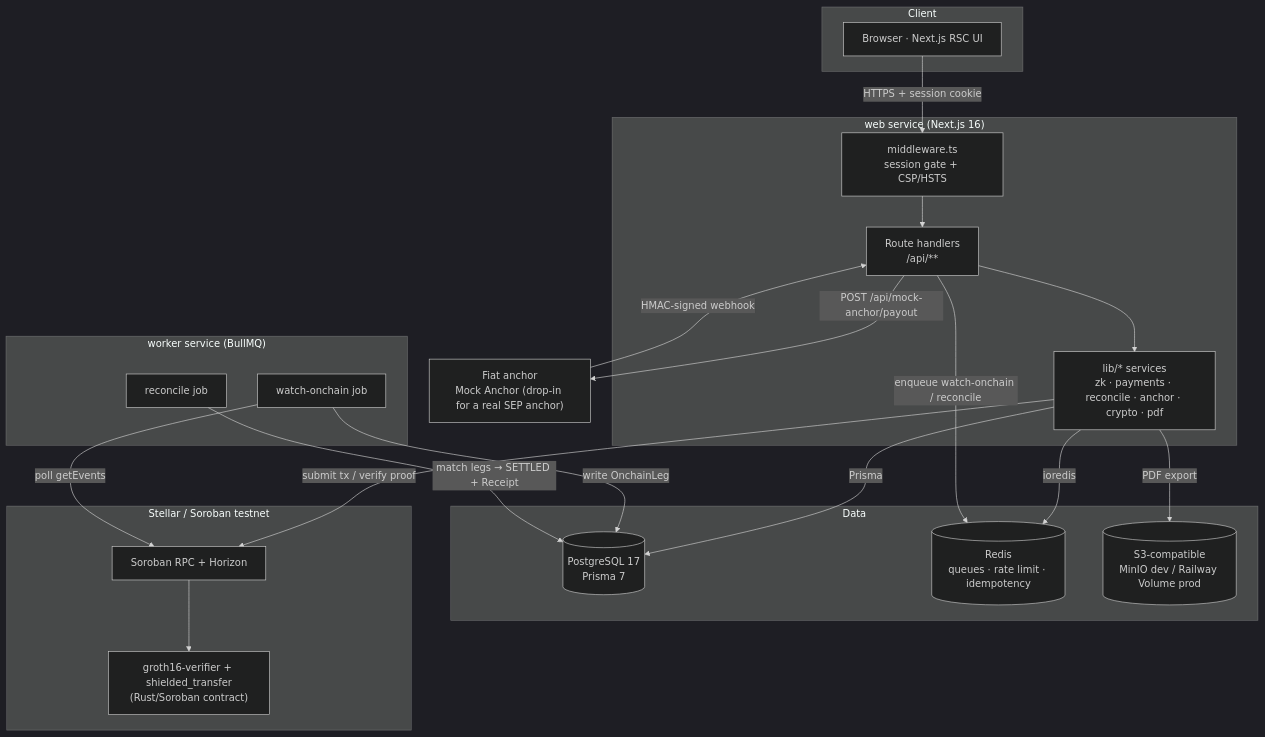
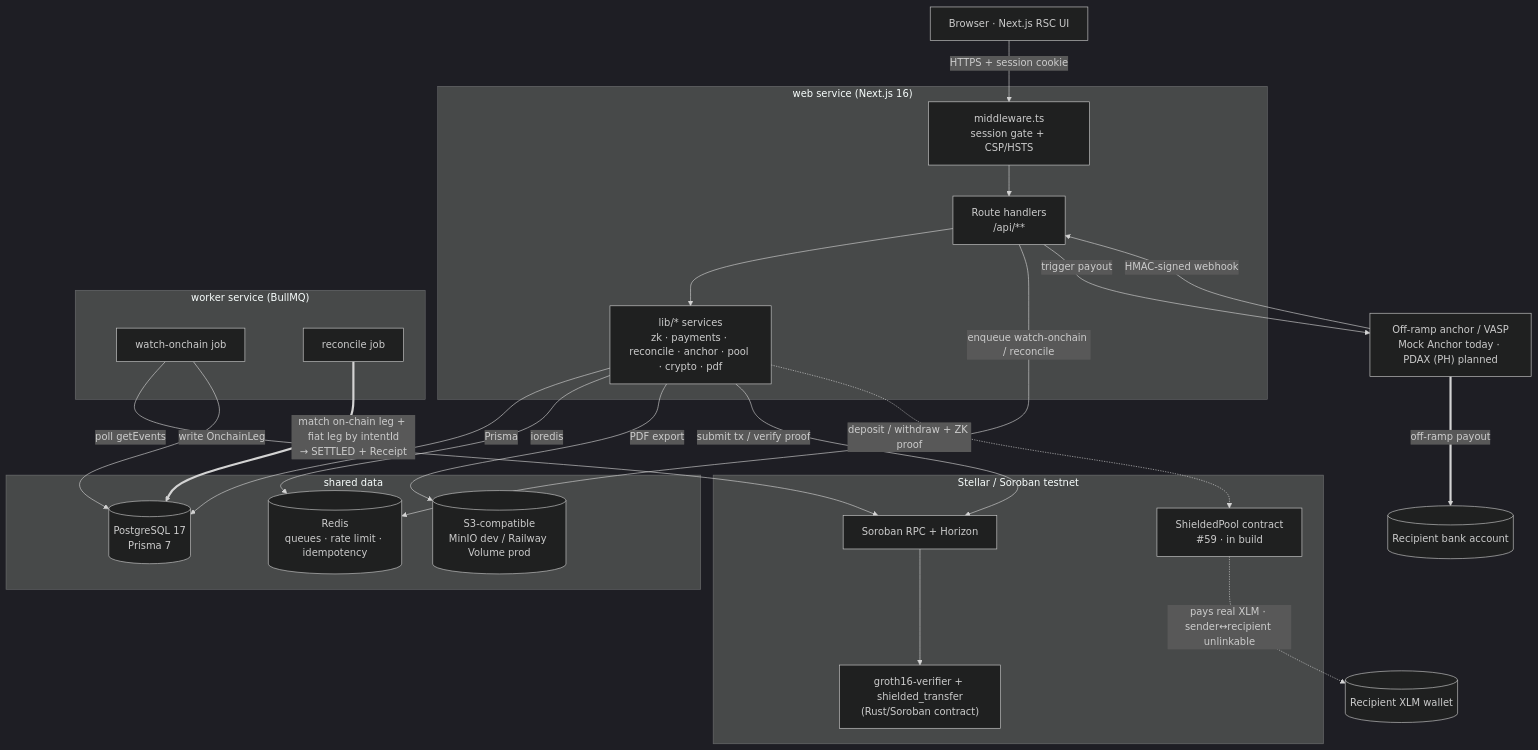
Before and after one commit to huntersam1/trexure: the first of 4 diagrams in README.md, drawn with Mermaid (dark theme). The commit also changed other lines of this file, not shown here.

Commit message:
docs(readme): architecture reflects two payout rails + PDAX off-ramp
Update the System Architecture section for the model clarified in #57
and detailed in docs/payment-rails.md:
- intro prose now describes both payout rails a shielded payment can take
- Mermaid diagram shows Rail B (private fiat payout, live — anchor/VASP,
  Mock Anchor today, PDAX in PH planned → recipient bank) and Rail A
  (private on-chain transfer via the #59 ShieldedPool → recipient XLM
  wallet, in build), plus a legend
- note that the rendered PNG predates the two-rail model (Rail B only);
  the Mermaid diagram is the source of truth
Docs-only.

Claude-Session: https://claude.ai/code/session_01EiquWdpoHJaLq9xBqbbKr9

````diff
--- a/README.md
+++ b/README.md
@@ -68,37 +73,45 @@
 ```mermaid
 flowchart TB
-    subgraph Client
-        B[Browser · Next.js RSC UI]
-    end
+    B[Browser · Next.js RSC UI]
     subgraph Web["web service (Next.js 16)"]
         MW[middleware.ts<br/>session gate + CSP/HSTS]
         API["Route handlers<br/>/api/**"]
-        LIB[lib/* services<br/>zk · payments · reconcile · anchor · crypto · pdf]
+        LIB[lib/* services<br/>zk · payments · reconcile · anchor · pool · crypto · pdf]
     end
     subgraph Worker["worker service (BullMQ)"]
         WON[watch-onchain job]
         REC[reconcile job]
     end
-    subgraph Data
+    subgraph Data["shared data"]
         PG[(PostgreSQL 17<br/>Prisma 7)]
         RED[(Redis<br/>queues · rate limit · idempotency)]
         S3[(S3-compatible<br/>MinIO dev / Railway Volume prod)]
     end
-    subgraph Stellar["Stellar / Soroban testnet"]
+    subgraph Chain["Stellar / Soroban testnet"]
         RPC[Soroban RPC + Horizon]
         VC["groth16-verifier + shielded_transfer<br/>(Rust/Soroban contract)"]
+        POOL["ShieldedPool contract<br/>#59 · in build"]
     end
-    ANCHOR["Fiat anchor<br/>Mock Anchor (drop-in for a real SEP anchor)"]
+    ANCHOR["Off-ramp anchor / VASP<br/>Mock Anchor today · PDAX (PH) planned"]
+    WALLET[(Recipient XLM wallet)]
+    BANK[(Recipient bank account)]
 
     B -->|HTTPS + session cookie| MW --> API --> LIB
     LIB -->|Prisma| PG
     LIB -->|ioredis| RED
     LIB -->|PDF export| S3
     LIB -->|submit tx / verify proof| RPC --> VC
     API -->|enqueue watch-onchain / reconcile| RED
     WON -->|poll getEvents| RPC
     WON -->|write OnchainLeg| PG
-    REC -->|match legs → SETTLED + Receipt| PG
+
+    %% Rail B — private fiat payout (LIVE)
+    API -->|trigger payout| ANCHOR
     ANCHOR -->|HMAC-signed webhook| API
-    API -->|POST /api/mock-anchor/payout| ANCHOR
+    ANCHOR ==>|off-ramp payout| BANK
+    REC ==>|match on-chain leg + fiat leg by intentId<br/>→ SETTLED + Receipt| PG
+
+    %% Rail A — private on-chain transfer (#59, IN BUILD)
+    LIB -.->|deposit / withdraw + ZK proof| POOL
+    POOL -.->|pays real XLM · sender↔recipient unlinkable| WALLET
 ```
````
